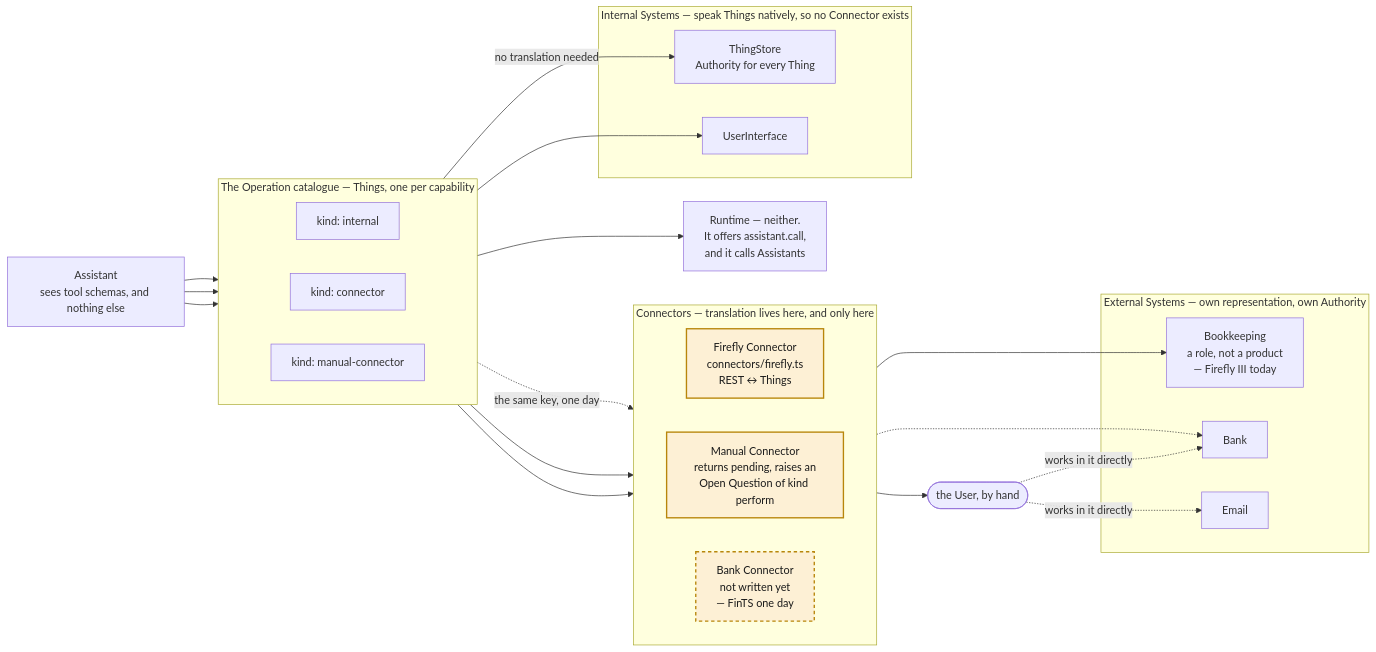
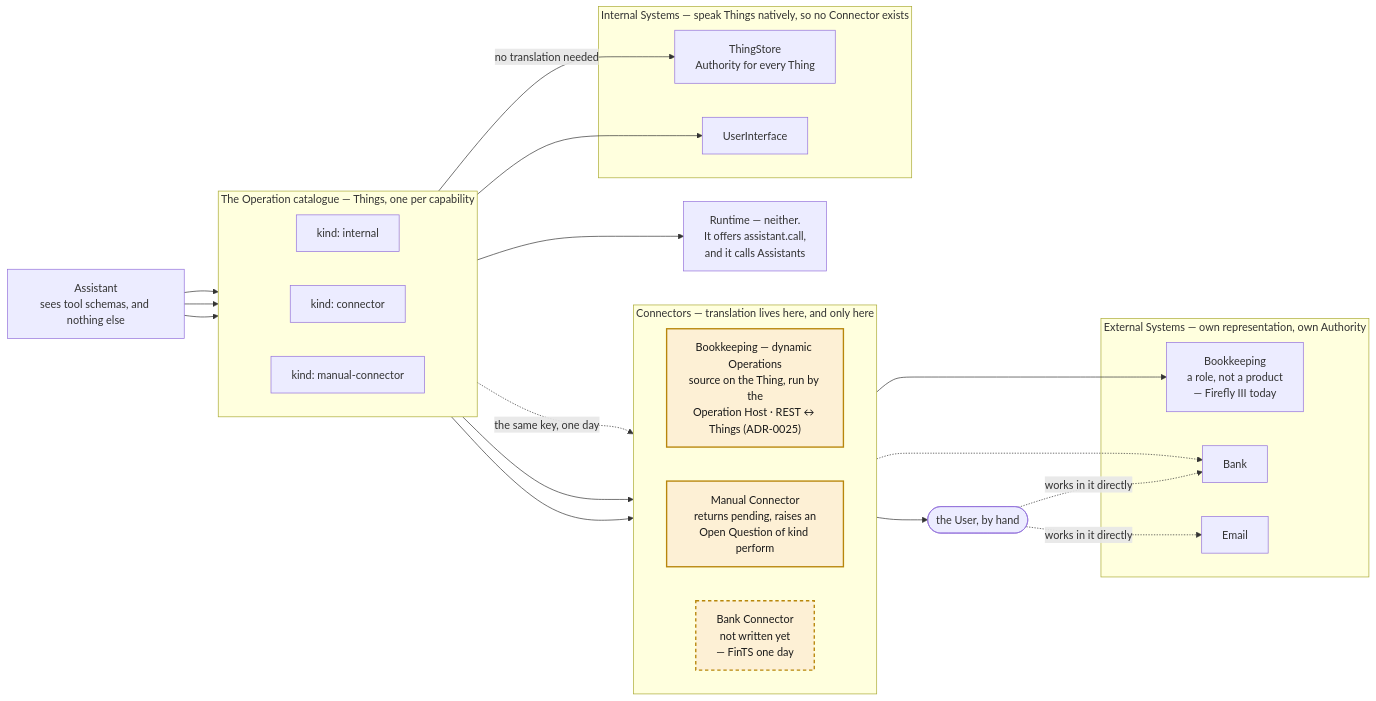
The second of 3 diagrams in README.md (tillg/assistants), drawn with Mermaid before and after one commit. The commit also changed other lines of this file and 120 other files, not shown here.

First line of the commit message:
feat: dynamic operations, attachment preview, and aggressive-review fixes

````diff
--- a/README.md
+++ b/README.md
@@ -125,50 +125,50 @@
 ```mermaid
 flowchart LR
     A["Assistant<br/>sees tool schemas, and nothing else"]
 
     subgraph cat["The Operation catalogue — Things, one per capability"]
         direction LR
         KI["kind: internal"]
         KC["kind: connector"]
         KM["kind: manual-connector"]
     end
 
     subgraph int["Internal Systems — speak Things natively, so no Connector exists"]
         TS["ThingStore<br/>Authority for every Thing"]
         UI["UserInterface"]
     end
 
     subgraph ext["External Systems — own representation, own Authority"]
         BK["Bookkeeping<br/>a role, not a product<br/>— Firefly III today"]
         BANK["Bank"]
         EM["Email"]
     end
 
     RT["Runtime — neither.<br/>It offers assistant.call,<br/>and it calls Assistants"]
     HU(["the User, by hand"])
 
     subgraph conn["Connectors — translation lives here, and only here"]
         direction LR
-        CF["Firefly Connector<br/>connectors/firefly.ts<br/>REST ↔ Things"]
+        CF["Bookkeeping — dynamic Operations<br/>source on the Thing, run by the<br/>Operation Host · REST ↔ Things (ADR-0025)"]
         CM["Manual Connector<br/>returns pending, raises an<br/>Open Question of kind perform"]
         CB["Bank Connector<br/>not written yet<br/>— FinTS one day"]
     end
 
     A --> KI
     A --> KC
     A --> KM
     KI -->|"no translation needed"| TS
     KI --> UI
     KI --> RT
     KC --> CF --> BK
     KM --> CM --> HU
     HU -.->|"works in it directly"| BANK
     HU -.->|"works in it directly"| EM
     KC -.->|"the same key, one day"| CB
     CB -.-> BANK
 
     classDef connector fill:#fdf0d5,stroke:#b8860b,stroke-width:2px,color:#1a1a1a
     classDef unwritten fill:#fdf0d5,stroke:#b8860b,stroke-width:2px,stroke-dasharray:5 4,color:#1a1a1a
     class CF,CM connector
     class CB unwritten
 ```
````
